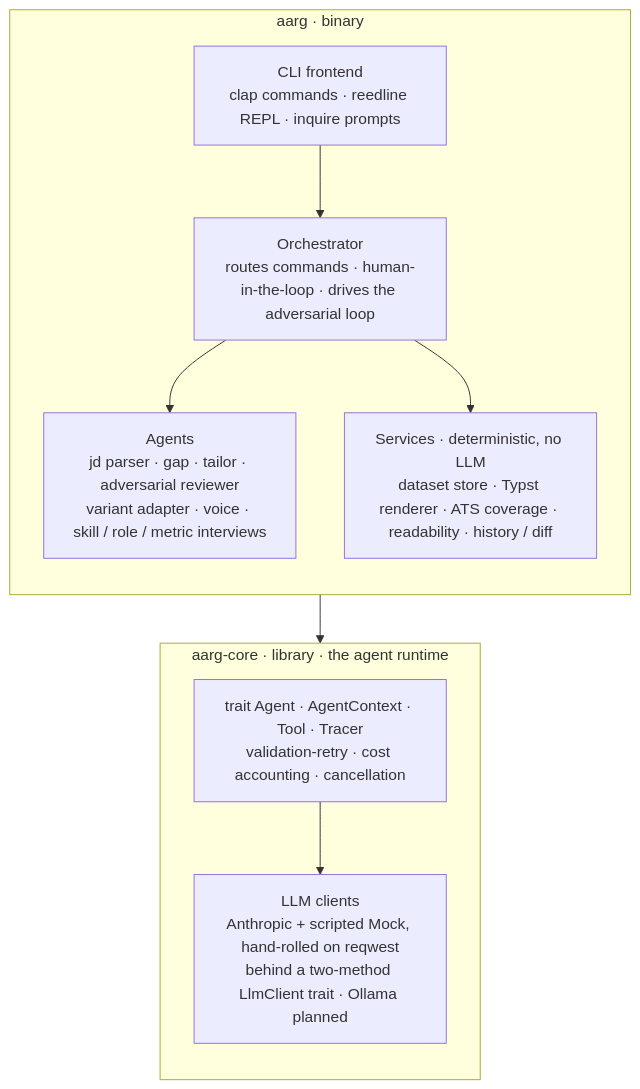
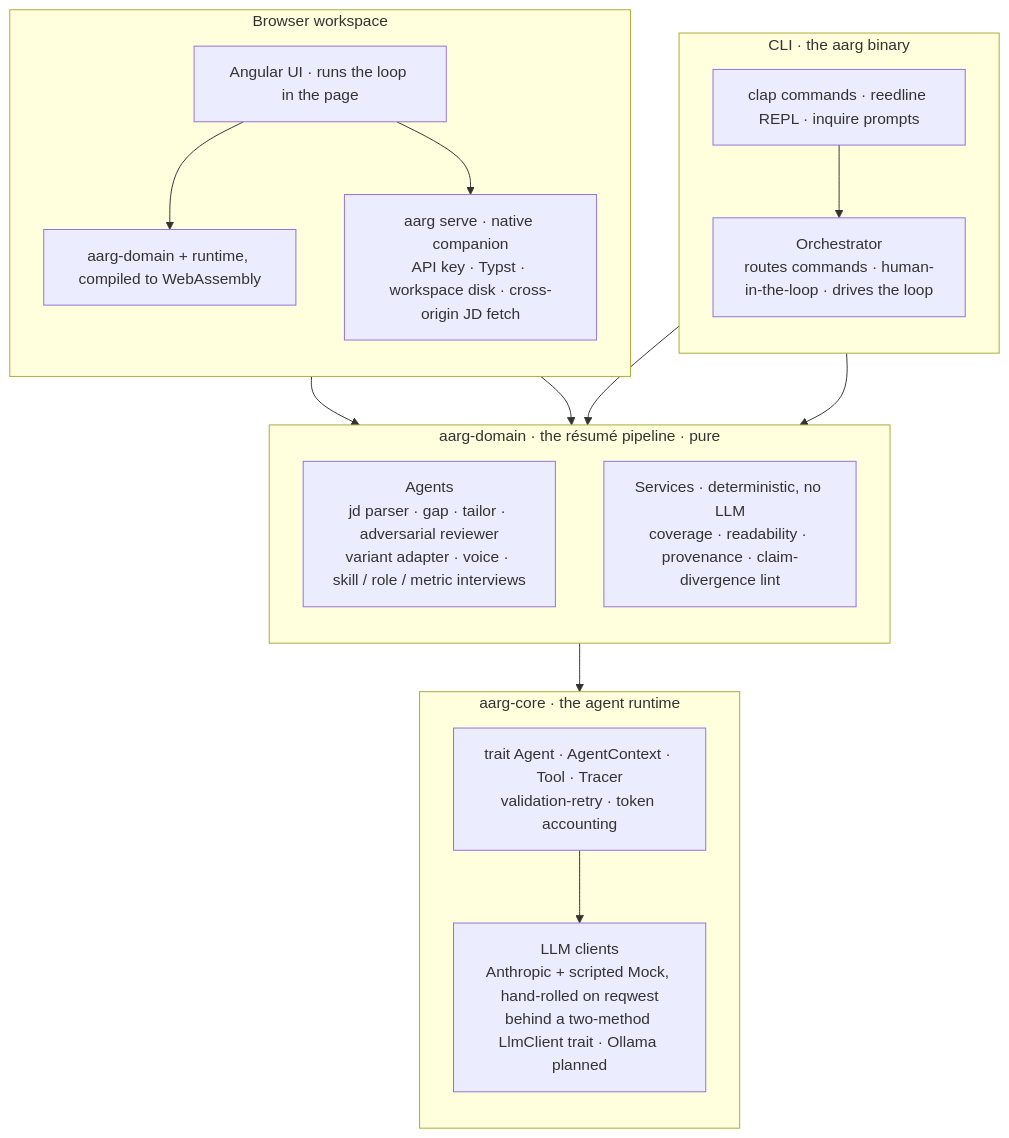
One commit to joseym/aarg changed the diagram in README.md. Above: the diagram before and after it, drawn with Mermaid. The commit also changed other lines of this file, not shown here.

First line of the commit message:
docs: bring the README into the browser era

````diff
--- a/README.md
+++ b/README.md
@@ -198,20 +292,33 @@
 ```mermaid
 flowchart TB
-    subgraph bin["aarg · binary"]
+    subgraph cli["CLI · the aarg binary"]
         direction TB
-        CLI["CLI frontend<br/>clap commands · reedline REPL · inquire prompts"]
-        ORCH["Orchestrator<br/>routes commands · human-in-the-loop · drives the adversarial loop"]
+        CLIF["clap commands · reedline REPL · inquire prompts"]
+        ORCH["Orchestrator<br/>routes commands · human-in-the-loop · drives the loop"]
+        CLIF --> ORCH
+    end
+    subgraph web["Browser workspace"]
+        direction TB
+        NG["Angular UI · runs the loop in the page"]
+        WASM["aarg-domain + runtime, compiled to WebAssembly"]
+        SERVE["aarg serve · native companion<br/>API key · Typst · workspace disk · cross-origin JD fetch"]
+        NG --> WASM
+        NG --> SERVE
+    end
+    subgraph domain["aarg-domain · the résumé pipeline · pure"]
+        direction TB
         AGENTS["Agents<br/>jd parser · gap · tailor · adversarial reviewer<br/>variant adapter · voice · skill / role / metric interviews"]
-        SERVICES["Services · deterministic, no LLM<br/>dataset store · Typst renderer · ATS coverage · readability · history / diff"]
-        CLI --> ORCH
-        ORCH --> AGENTS
-        ORCH --> SERVICES
+        SERVICES["Services · deterministic, no LLM<br/>coverage · readability · provenance · claim-divergence lint"]
     end
-    subgraph core["aarg-core · library · the agent runtime"]
+    subgraph core["aarg-core · the agent runtime"]
         direction TB
-        RUNTIME["trait Agent · AgentContext · Tool · Tracer<br/>validation-retry · cost accounting · cancellation"]
+        RUNTIME["trait Agent · AgentContext · Tool · Tracer<br/>validation-retry · token accounting"]
         CLIENTS["LLM clients<br/>Anthropic + scripted Mock, hand-rolled on reqwest<br/>behind a two-method LlmClient trait · Ollama planned"]
         RUNTIME --> CLIENTS
     end
+    ORCH --> AGENTS
+    ORCH --> SERVICES
+    WASM --> AGENTS
+    WASM --> SERVICES
     AGENTS --> RUNTIME
 ```
````
